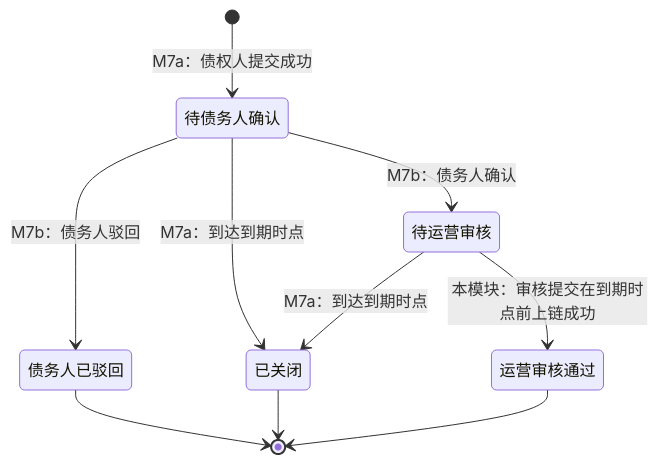
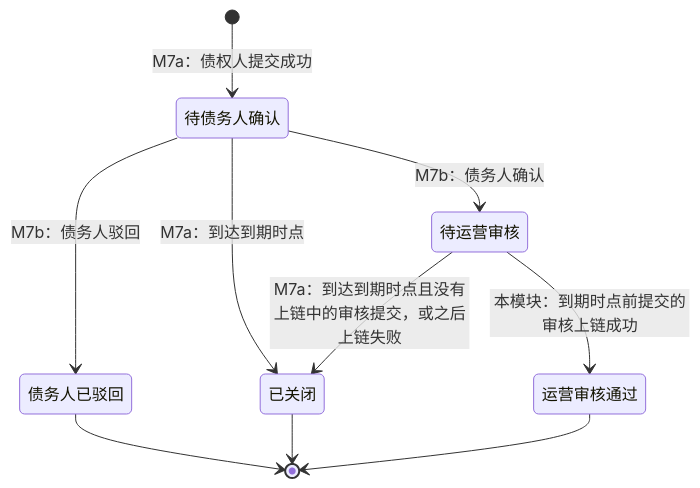
Before and after one commit to wxblockchain/Chain-Financing: the third of 4 diagrams in asset-trust-platform/PRD/运营端/M9-运营审核/02-运营审核-流程图与状态机.md, drawn with Mermaid. The commit also changed other lines of this file and 4 other files, not shown here.

````diff
--- a/asset-trust-platform/PRD/运营端/M9-运营审核/02-运营审核-流程图与状态机.md
+++ b/asset-trust-platform/PRD/运营端/M9-运营审核/02-运营审核-流程图与状态机.md
@@ -73,12 +71,12 @@
 ```mermaid
 stateDiagram-v2
     [*] --> 待债务人确认: M7a：债权人提交成功
     待债务人确认 --> 待运营审核: M7b：债务人确认
     待债务人确认 --> 债务人已驳回: M7b：债务人驳回
     待债务人确认 --> 已关闭: M7a：到达到期时点
-    待运营审核 --> 运营审核通过: 本模块：审核提交在到期时点前上链成功
-    待运营审核 --> 已关闭: M7a：到达到期时点
+    待运营审核 --> 运营审核通过: 本模块：到期时点前提交的审核上链成功
+    待运营审核 --> 已关闭: M7a：到达到期时点且没有上链中的审核提交，或之后上链失败
     债务人已驳回 --> [*]
     已关闭 --> [*]
     运营审核通过 --> [*]
 ```
````
